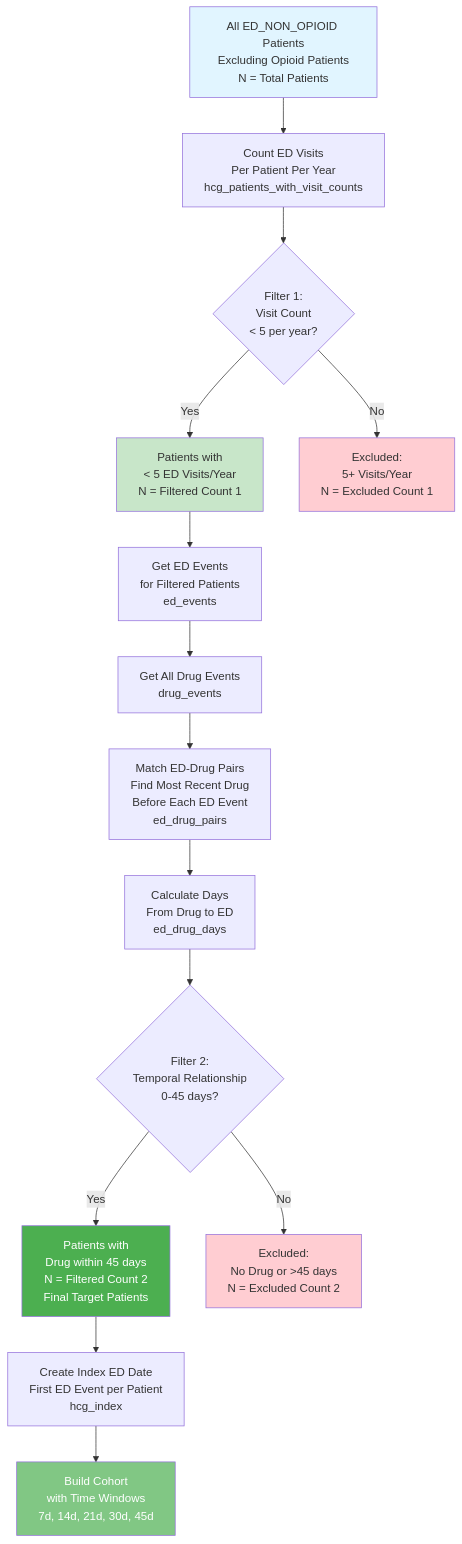
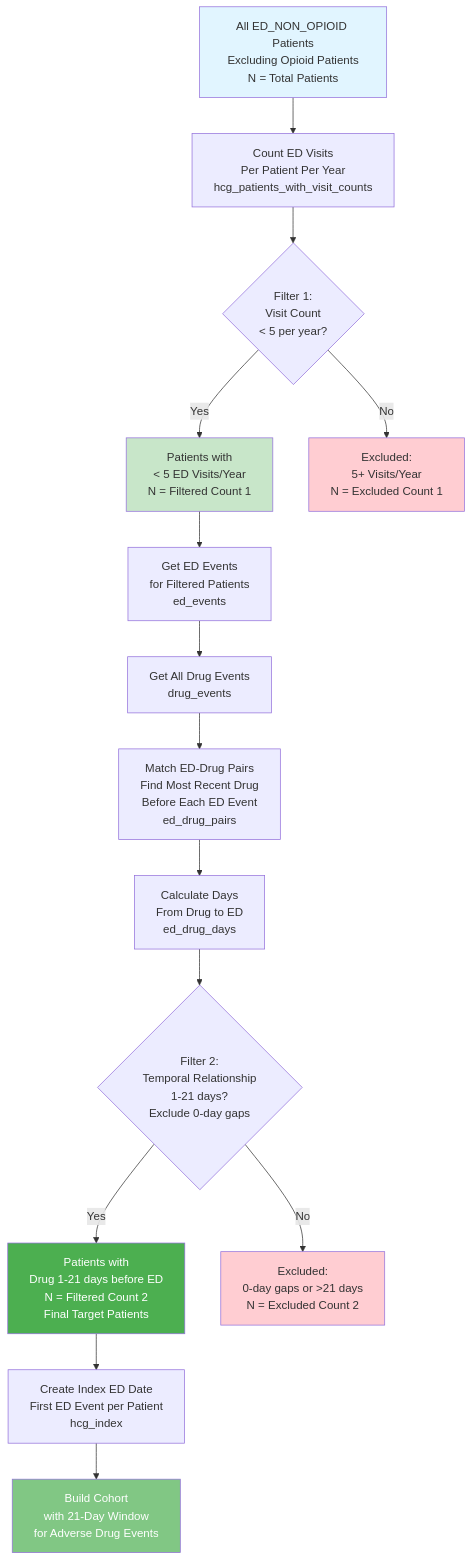
The diagram in 2_create_cohort/README.md (Jerome3590/pgx-analysis), drawn with Mermaid before and after one commit. The commit also changed other lines of this file and 6 other files, not shown here.

Commit message:
fixed cohort target calculations

````diff
--- a/2_create_cohort/README.md
+++ b/2_create_cohort/README.md
@@ -222,23 +216,23 @@
 ```mermaid
 flowchart TD
     A[All ED_NON_OPIOID Patients<br/>Excluding Opioid Patients<br/>N = Total Patients] --> B[Count ED Visits<br/>Per Patient Per Year<br/>hcg_patients_with_visit_counts]
     B --> C{Filter 1:<br/>Visit Count<br/>< 5 per year?}
     C -->|Yes| D[Patients with<br/>< 5 ED Visits/Year<br/>N = Filtered Count 1]
     C -->|No| E[Excluded:<br/>5+ Visits/Year<br/>N = Excluded Count 1]
     D --> F[Get ED Events<br/>for Filtered Patients<br/>ed_events]
     F --> G[Get All Drug Events<br/>drug_events]
     G --> H[Match ED-Drug Pairs<br/>Find Most Recent Drug<br/>Before Each ED Event<br/>ed_drug_pairs]
     H --> I[Calculate Days<br/>From Drug to ED<br/>ed_drug_days]
-    I --> J{Filter 2:<br/>Temporal Relationship<br/>0-45 days?}
-    J -->|Yes| K[Patients with<br/>Drug within 45 days<br/>N = Filtered Count 2<br/>Final Target Patients]
-    J -->|No| L[Excluded:<br/>No Drug or >45 days<br/>N = Excluded Count 2]
+    I --> J{Filter 2:<br/>Temporal Relationship<br/>1-21 days?<br/>Exclude 0-day gaps}
+    J -->|Yes| K[Patients with<br/>Drug 1-21 days before ED<br/>N = Filtered Count 2<br/>Final Target Patients]
+    J -->|No| L[Excluded:<br/>0-day gaps or >21 days<br/>N = Excluded Count 2]
     K --> M[Create Index ED Date<br/>First ED Event per Patient<br/>hcg_index]
-    M --> N[Build Cohort<br/>with Time Windows<br/>7d, 14d, 21d, 30d, 45d]
+    M --> N[Build Cohort<br/>with 21-Day Window<br/>for Adverse Drug Events]
 
     style A fill:#e1f5ff
     style D fill:#c8e6c9
     style K fill:#4caf50,color:#fff
     style E fill:#ffcdd2
     style L fill:#ffcdd2
     style N fill:#81c784,color:#fff
 ```
````
